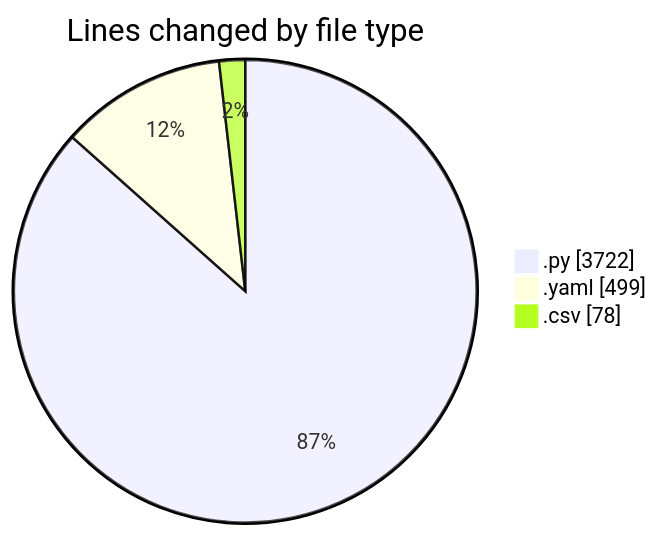
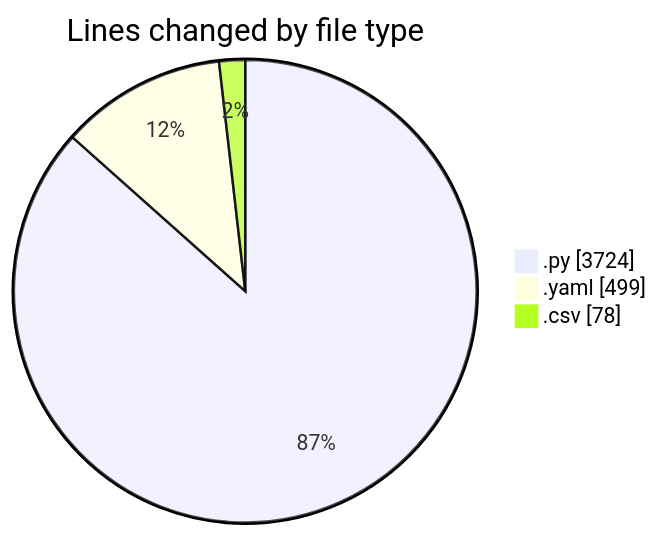
The first of 2 diagrams in 2025-03-01/myws__workspace_/README.md (MatusMokan/code-tracking), drawn with Mermaid before and after one commit. The commit also changed other lines of this file and 1 other file, not shown here.

````diff
--- a/2025-03-01/myws__workspace_/README.md
+++ b/2025-03-01/myws__workspace_/README.md
@@ -30,7 +30,7 @@
 ```mermaid
 pie showData
 title Lines changed by file type
-".py" : 3722
+".py" : 3724
 ".yaml" : 499
 ".csv" : 78
 ```
````
